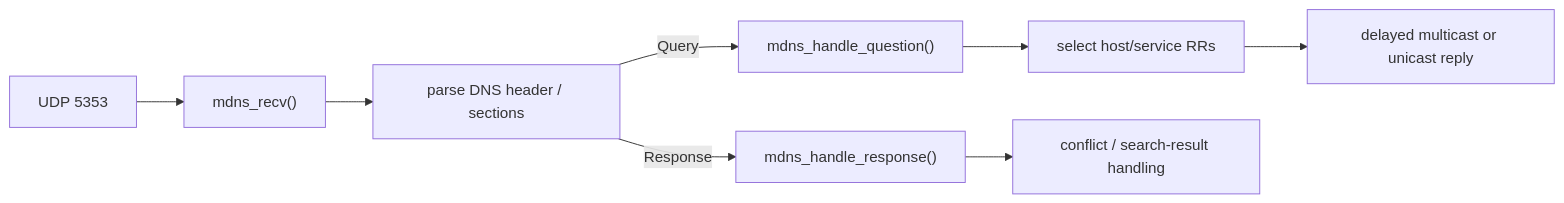
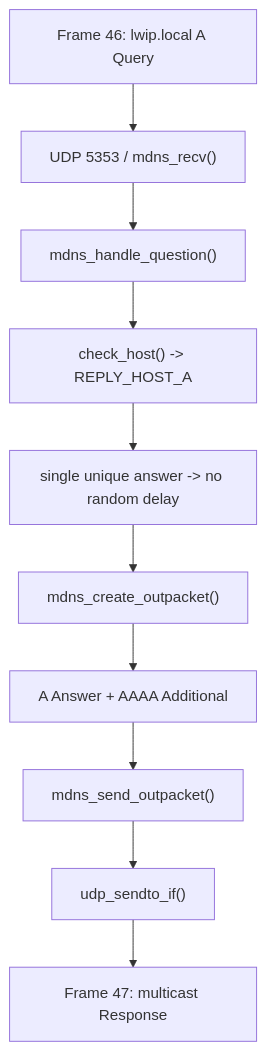
The fifth of 6 diagrams in docs/24-mdns-dns-sd.md (wdfk-prog/lwIP-Source-Lab), drawn with Mermaid before and after one commit. The commit also changed other lines of this file and 49 other files, not shown here.

````diff
--- a/docs/24-mdns-dns-sd.md
+++ b/docs/24-mdns-dns-sd.md
@@ -418,10 +930,12 @@
 ```mermaid
-flowchart LR
-    A["UDP 5353"] --> B["mdns_recv()"]
-    B --> C["parse DNS header / sections"]
-    C -->|Query| D["mdns_handle_question()"]
-    C -->|Response| E["mdns_handle_response()"]
-    D --> F["select host/service RRs"]
-    F --> G["delayed multicast or unicast reply"]
-    E --> H["conflict / search-result handling"]
+flowchart TD
+    A["Frame 46: lwip.local A Query"] --> B["UDP 5353 / mdns_recv()"]
+    B --> C["mdns_handle_question()"]
+    C --> D["check_host() -> REPLY_HOST_A"]
+    D --> E["single unique answer -> no random delay"]
+    E --> F["mdns_create_outpacket()"]
+    F --> G["A Answer + AAAA Additional"]
+    G --> H["mdns_send_outpacket()"]
+    H --> I["udp_sendto_if()"]
+    I --> J["Frame 47: multicast Response"]
 ```
````
